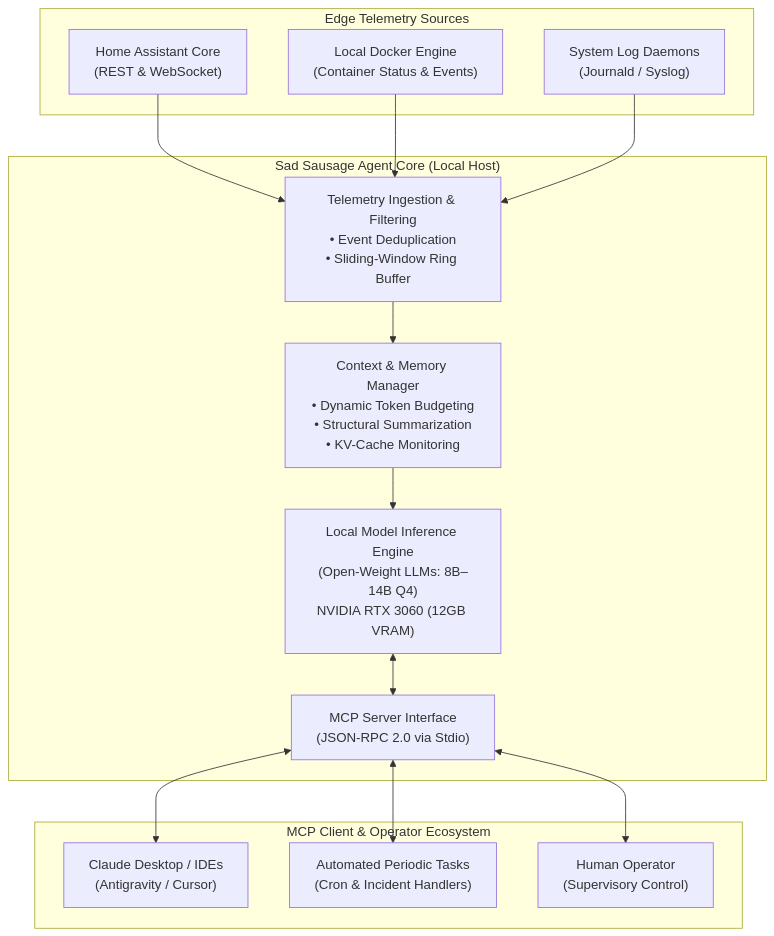
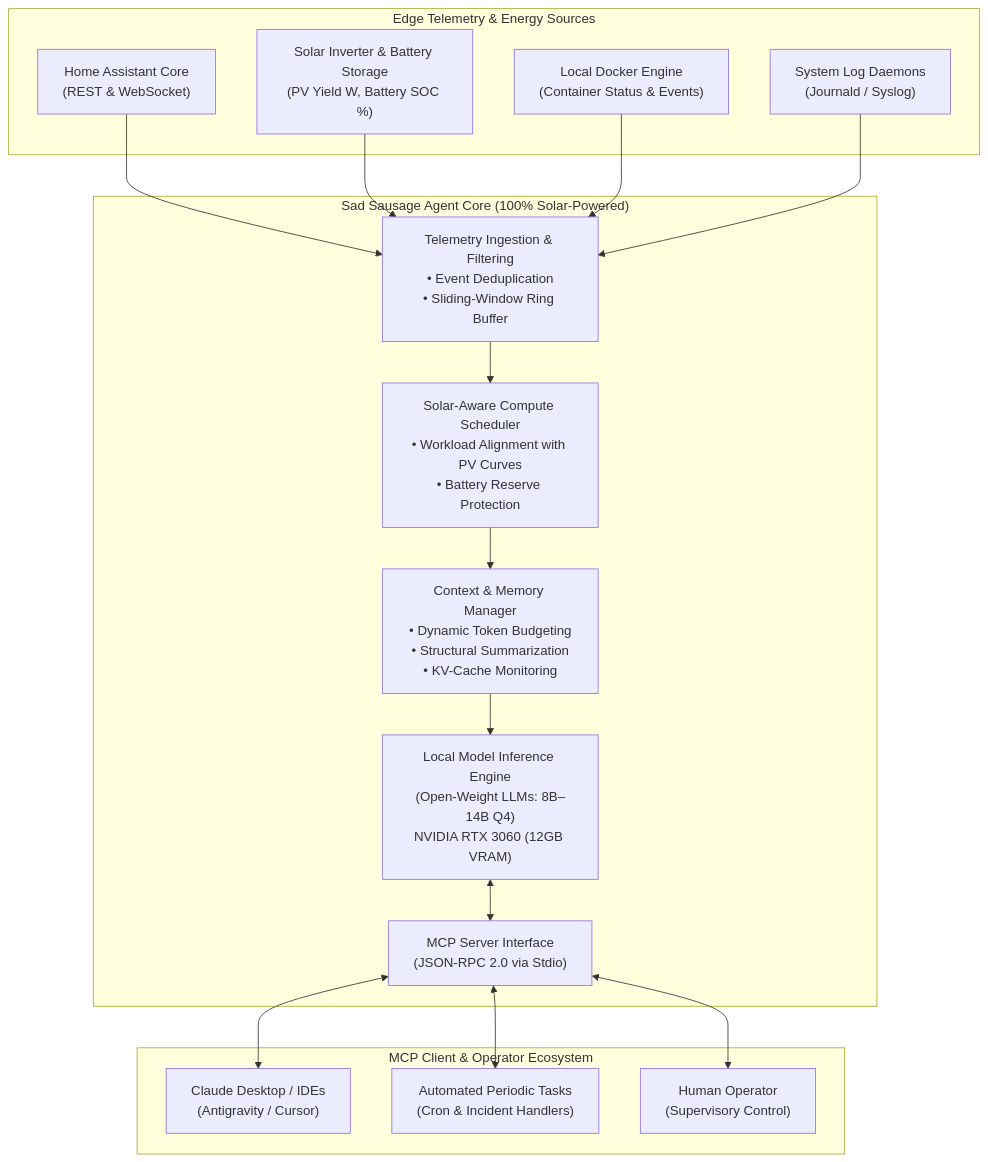
The diagram in ARCHITECTURE.md (TheKlython/sad-sausage), drawn with Mermaid before and after one commit. The commit also changed other lines of this file and 9 other files, not shown here.

Commit message:
feat: Highlight 100% solar-powered and carbon-neutral edge operations

````diff
--- a/ARCHITECTURE.md
+++ b/ARCHITECTURE.md
@@ -9,33 +9,37 @@
 ```mermaid
 flowchart TD
-    subgraph EdgeEnvironment["Edge Telemetry Sources"]
+    subgraph EdgeEnvironment["Edge Telemetry & Energy Sources"]
         HA["Home Assistant Core\n(REST & WebSocket)"]
+        Solar["Solar Inverter & Battery Storage\n(PV Yield W, Battery SOC %)"]
         Docker["Local Docker Engine\n(Container Status & Events)"]
         Syslog["System Log Daemons\n(Journald / Syslog)"]
     end
 
-    subgraph CoreAgent["Sad Sausage Agent Core (Local Host)"]
+    subgraph CoreAgent["Sad Sausage Agent Core (100% Solar-Powered)"]
         Ingest["Telemetry Ingestion & Filtering\n• Event Deduplication\n• Sliding-Window Ring Buffer"]
+        SolarSched["Solar-Aware Compute Scheduler\n• Workload Alignment with PV Curves\n• Battery Reserve Protection"]
         ContextMgr["Context & Memory Manager\n• Dynamic Token Budgeting\n• Structural Summarization\n• KV-Cache Monitoring"]
         Inference["Local Model Inference Engine\n(Open-Weight LLMs: 8B–14B Q4)\nNVIDIA RTX 3060 (12GB VRAM)"]
         MCP["MCP Server Interface\n(JSON-RPC 2.0 via Stdio)"]
     end
 
     subgraph ConsumerEcosystem["MCP Client & Operator Ecosystem"]
         ClaudeDesktop["Claude Desktop / IDEs\n(Antigravity / Cursor)"]
         AutoOps["Automated Periodic Tasks\n(Cron & Incident Handlers)"]
         HumanAdmin["Human Operator\n(Supervisory Control)"]
     end
 
     HA --> Ingest
+    Solar --> Ingest
     Docker --> Ingest
     Syslog --> Ingest
 
-    Ingest --> ContextMgr
+    Ingest --> SolarSched
+    SolarSched --> ContextMgr
     ContextMgr --> Inference
     Inference <--> MCP
 
     MCP <--> ClaudeDesktop
     MCP <--> AutoOps
     MCP <--> HumanAdmin
 ```
````
